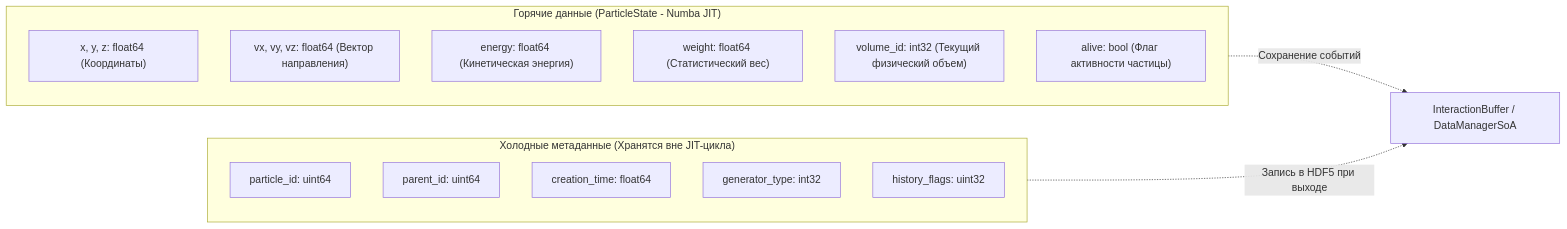
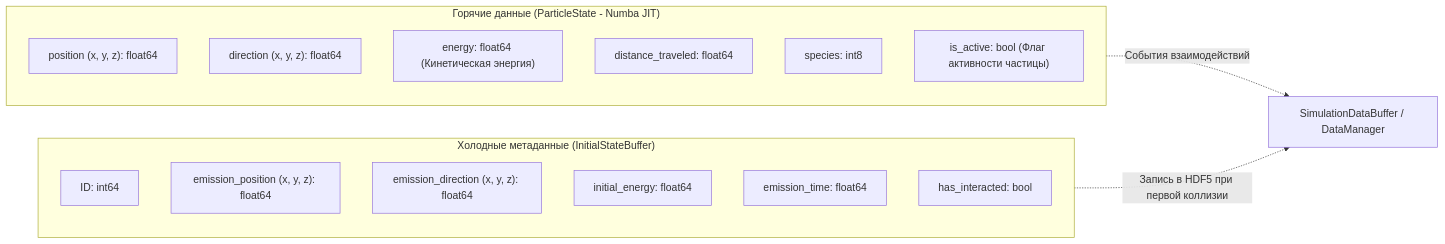
Before and after one commit to GurkoMikhail/NMSimToolkit: the first of 2 diagrams in docs/core_architecture.md, drawn with Mermaid. The commit also changed other lines of this file and 212 other files, not shown here.

````diff
--- a/docs/core_architecture.md
+++ b/docs/core_architecture.md
@@ -35,24 +37,25 @@
 ```mermaid
 flowchart LR
     subgraph HotState ["Горячие данные (ParticleState - Numba JIT)"]
         direction TB
-        H1["x, y, z: float64 (Координаты)"]
-        H2["vx, vy, vz: float64 (Вектор направления)"]
+        H1["position (x, y, z): float64"]
+        H2["direction (x, y, z): float64"]
         H3["energy: float64 (Кинетическая энергия)"]
-        H4["weight: float64 (Статистический вес)"]
-        H5["volume_id: int32 (Текущий физический объем)"]
-        H6["alive: bool (Флаг активности частицы)"]
+        H4["distance_traveled: float64"]
+        H5["species: int8"]
+        H6["is_active: bool (Флаг активности частицы)"]
     end
 
-    subgraph ColdMetadata ["Холодные метаданные (Хранятся вне JIT-цикла)"]
+    subgraph ColdMetadata ["Холодные метаданные (InitialStateBuffer)"]
         direction TB
-        C1["particle_id: uint64"]
-        C2["parent_id: uint64"]
-        C3["creation_time: float64"]
-        C4["generator_type: int32"]
-        C5["history_flags: uint32"]
+        C1["ID: int64"]
+        C2["emission_position (x, y, z): float64"]
+        C3["emission_direction (x, y, z): float64"]
+        C4["initial_energy: float64"]
+        C5["emission_time: float64"]
+        C6["has_interacted: bool"]
     end
 
-    HotState -.->|Сохранение событий| Out["InteractionBuffer / DataManagerSoA"]
-    ColdMetadata -.->|Запись в HDF5 при выходе| Out
+    HotState -.->|События взаимодействий| Out["SimulationDataBuffer / DataManager"]
+    ColdMetadata -.->|Запись в HDF5 при первой коллизии| Out
 ```
````
